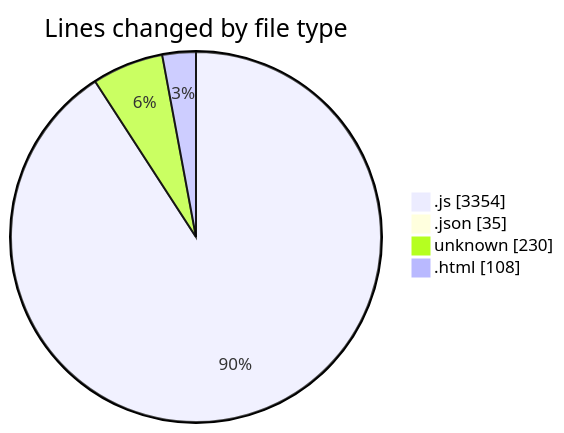
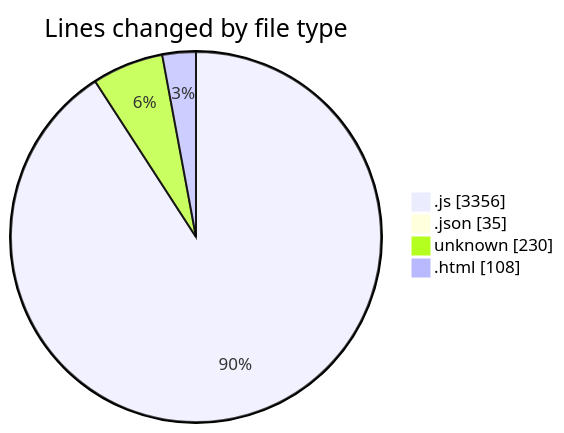
Before and after one commit to becaeroporto-bot/code-tracking: the first of 2 diagrams in 2026-02-20/bot_i_a/README.md, drawn with Mermaid. The commit also changed other lines of this file and 1 other file, not shown here.

````diff
--- a/2026-02-20/bot_i_a/README.md
+++ b/2026-02-20/bot_i_a/README.md
@@ -44,8 +44,8 @@
 ```mermaid
 pie showData
 title Lines changed by file type
-".js" : 3354
+".js" : 3356
 ".json" : 35
 "unknown" : 230
 ".html" : 108
 ```
````
